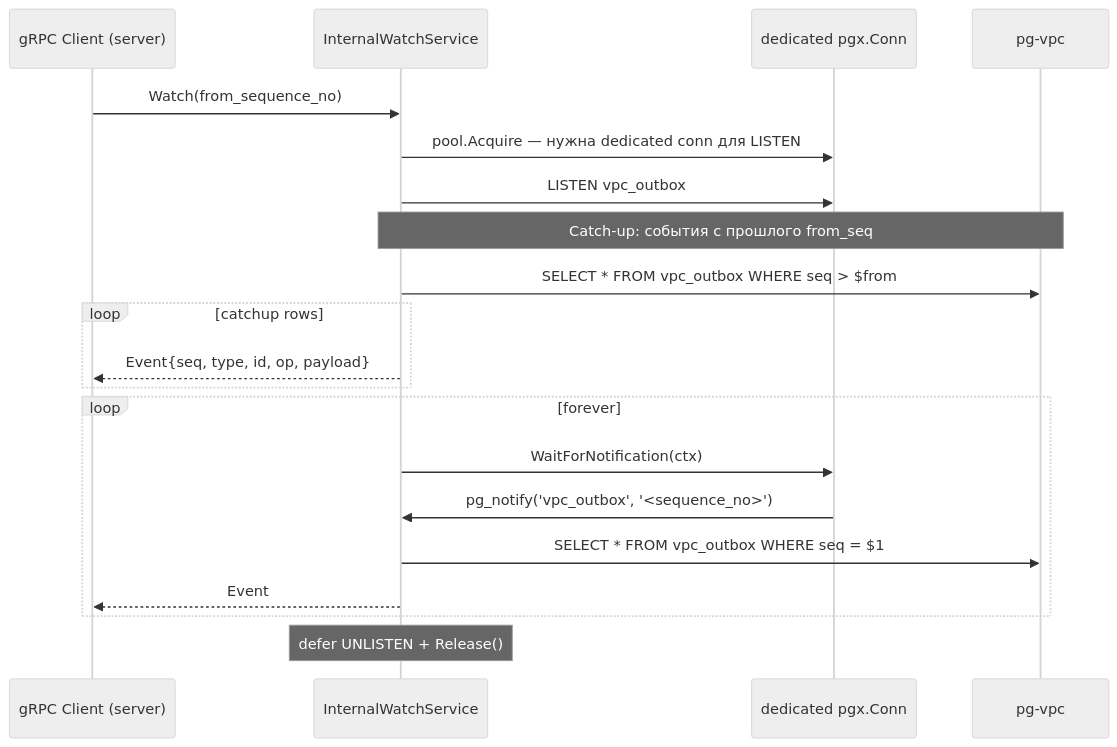
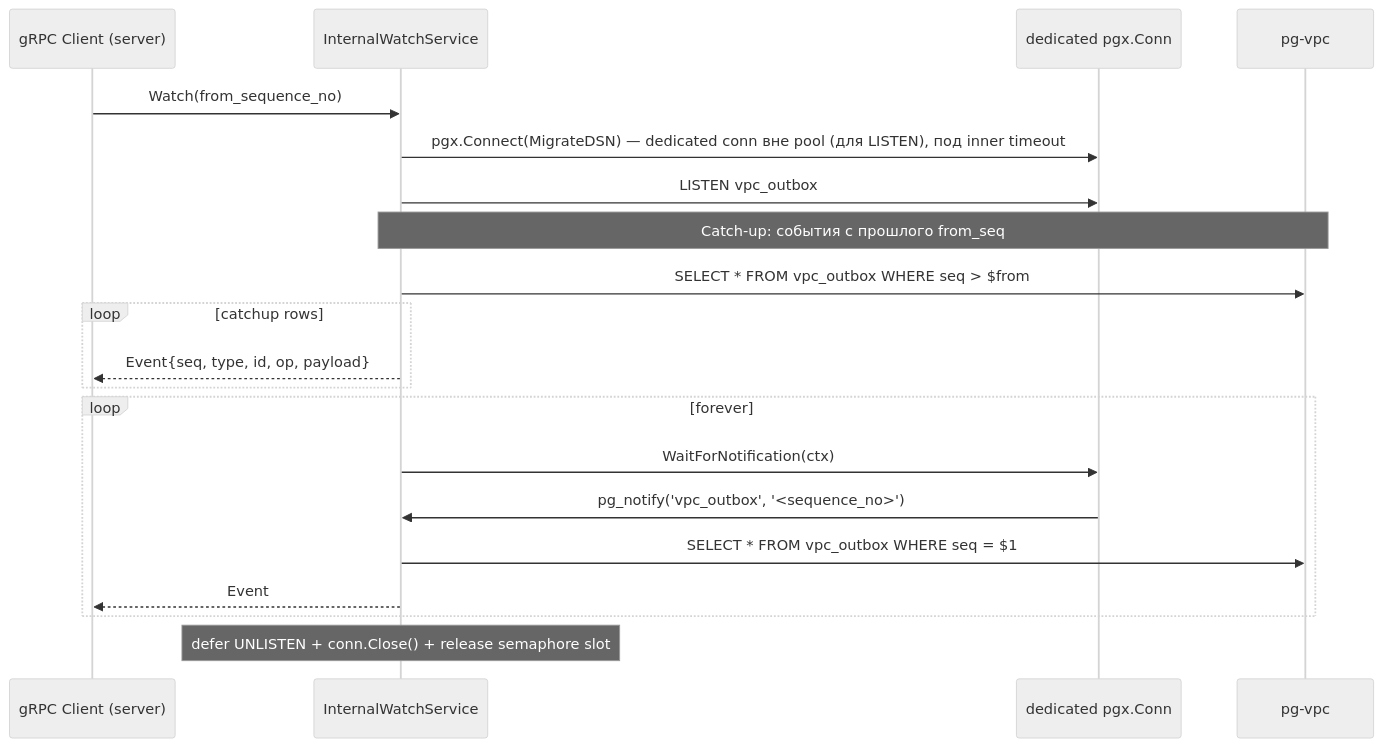
Before and after one commit to PRO-Robotech/kacho-vpc: the eighth of 9 diagrams in docs/architecture/02-data-flows.md, drawn with Mermaid (neutral theme). The commit also changed other lines of this file and 10 other files, not shown here.

````diff
--- a/docs/architecture/02-data-flows.md
+++ b/docs/architecture/02-data-flows.md
@@ -289,26 +289,26 @@
 ```mermaid
 sequenceDiagram
   participant Subscriber as gRPC Client (server)
   participant W as InternalWatchService
   participant Conn as dedicated pgx.Conn
   participant DB as pg-vpc
 
   Subscriber->>W: Watch(from_sequence_no)
-  W->>Conn: pool.Acquire — нужна dedicated conn для LISTEN
+  W->>Conn: pgx.Connect(MigrateDSN) — dedicated conn вне pool (для LISTEN), под inner timeout
   W->>Conn: LISTEN vpc_outbox
 
   Note over W,DB: Catch-up: события с прошлого from_seq
   W->>DB: SELECT * FROM vpc_outbox WHERE seq > $from
   loop catchup rows
     W-->>Subscriber: Event{seq, type, id, op, payload}
   end
 
   loop forever
     W->>Conn: WaitForNotification(ctx)
     Conn->>W: pg_notify('vpc_outbox', '<sequence_no>')
     W->>DB: SELECT * FROM vpc_outbox WHERE seq = $1
     W-->>Subscriber: Event
   end
 
-  Note over W: defer UNLISTEN + Release()
+  Note over W: defer UNLISTEN + conn.Close() + release semaphore slot
 ```
````
